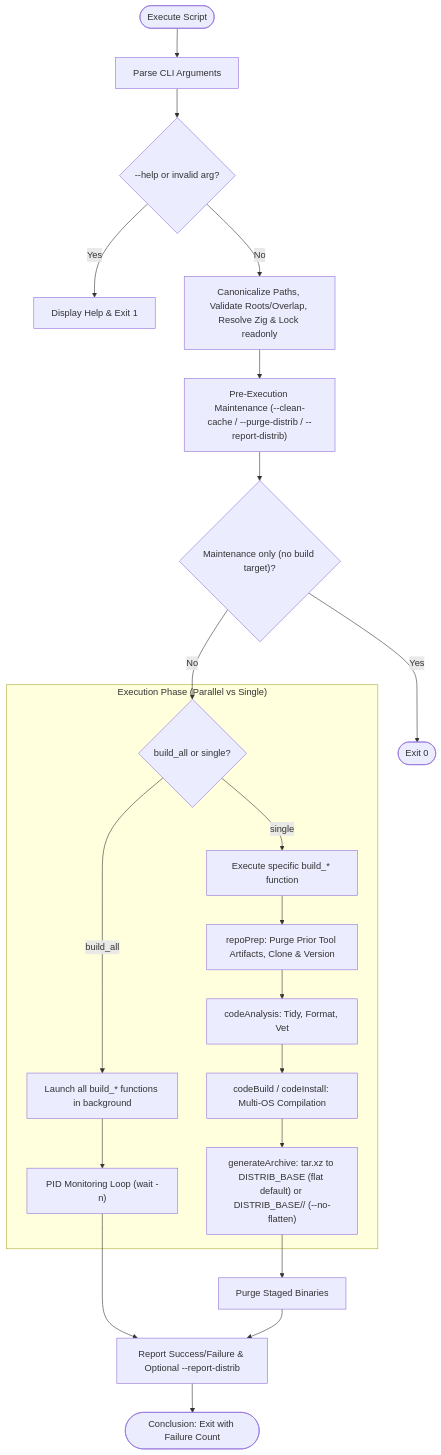
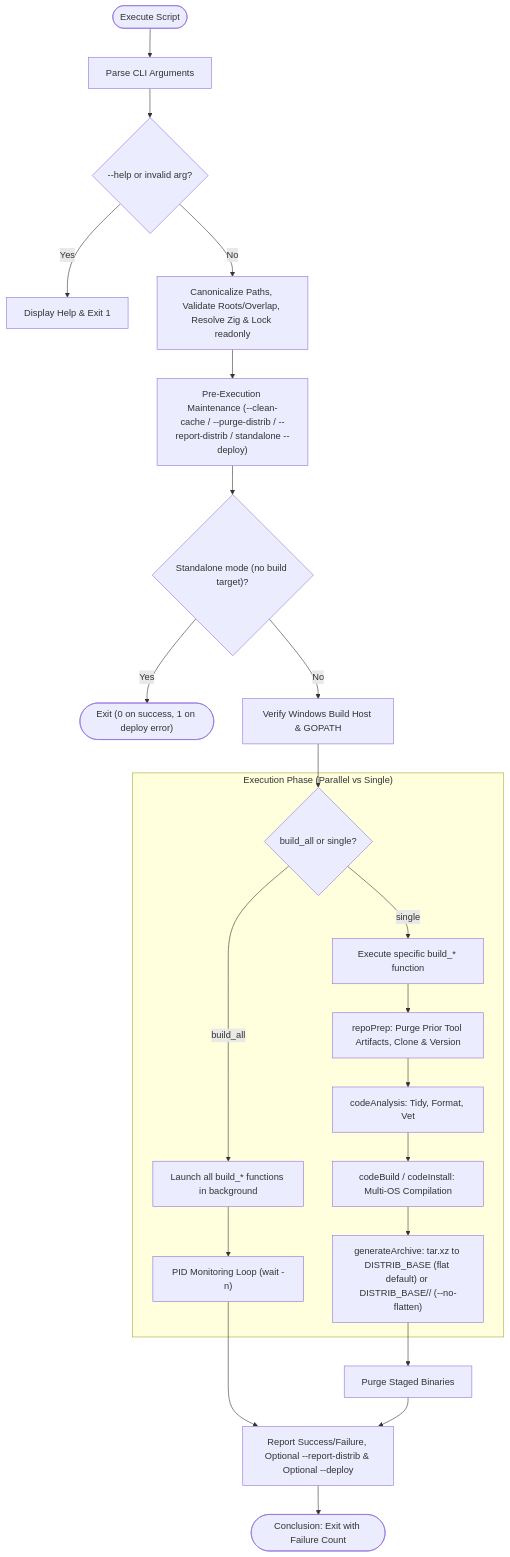
Before and after one commit to edsilegxrepo/devops: the diagram in build_tasks/gobuild_code-analyzers_README.md, drawn with Mermaid. The commit also changed other lines of this file and 1 other file, not shown here.

Commit message:
feat(gobuild): add platform-aware --deploy binary extraction pipeline

````diff
--- a/build_tasks/gobuild_code-analyzers_README.md
+++ b/build_tasks/gobuild_code-analyzers_README.md
@@ -54,29 +55,30 @@
 ```mermaid
 graph TD
     Start(["Execute Script"]) --> ParseArgs["Parse CLI Arguments"]
     ParseArgs --> HelpCheck{"--help or invalid arg?"}
     HelpCheck -- Yes --> ShowHelp["Display Help & Exit 1"]
     HelpCheck -- No --> Validate["Canonicalize Paths, Validate Roots/Overlap, Resolve Zig & Lock readonly"]
-    Validate --> Maint["Pre-Execution Maintenance (--clean-cache / --purge-distrib / --report-distrib)"]
-    Maint --> MaintOnly{"Maintenance only (no build target)?"}
-    MaintOnly -- Yes --> ExitMaint(["Exit 0"])
-    MaintOnly -- No --> ActionType
+    Validate --> Maint["Pre-Execution Maintenance (--clean-cache / --purge-distrib / --report-distrib / standalone --deploy)"]
+    Maint --> MaintOnly{"Standalone mode (no build target)?"}
+    MaintOnly -- Yes --> ExitMaint(["Exit (0 on success, 1 on deploy error)"])
+    MaintOnly -- No --> BuildGuards["Verify Windows Build Host & GOPATH"]
+    BuildGuards --> ActionType
 
     subgraph ExecutionPhase ["Execution Phase (Parallel vs Single)"]
         ActionType{"build_all or single?"}
         ActionType -- build_all --> LaunchAll["Launch all build_* functions in background"]
         ActionType -- single --> LaunchOne["Execute specific build_* function"]
         
         LaunchAll --> Monitor["PID Monitoring Loop (wait -n)"]
         LaunchOne --> RepoPrep["repoPrep: Purge Prior Tool Artifacts, Clone & Version"]
         
         RepoPrep --> Analysis["codeAnalysis: Tidy, Format, Vet"]
         Analysis --> Compile["codeBuild / codeInstall: Multi-OS Compilation"]
         Compile --> Archive["generateArchive: tar.xz to DISTRIB_BASE (flat default) or DISTRIB_BASE/<tool>/ (--no-flatten)"]
     end
 
     Archive --> Cleanup["Purge Staged Binaries"]
-    Monitor --> Results["Report Success/Failure & Optional --report-distrib"]
+    Monitor --> Results["Report Success/Failure, Optional --report-distrib & Optional --deploy"]
     Cleanup --> Results
     Results --> End(["Conclusion: Exit with Failure Count"])
 ```
````
